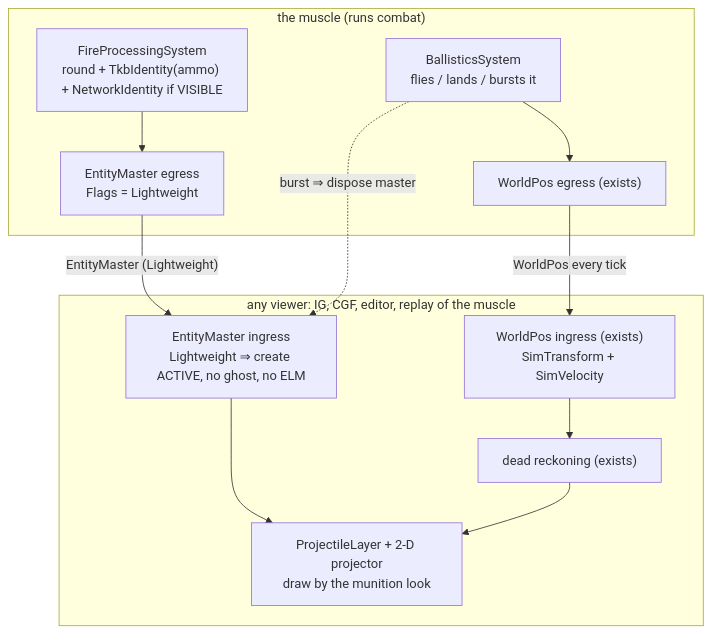
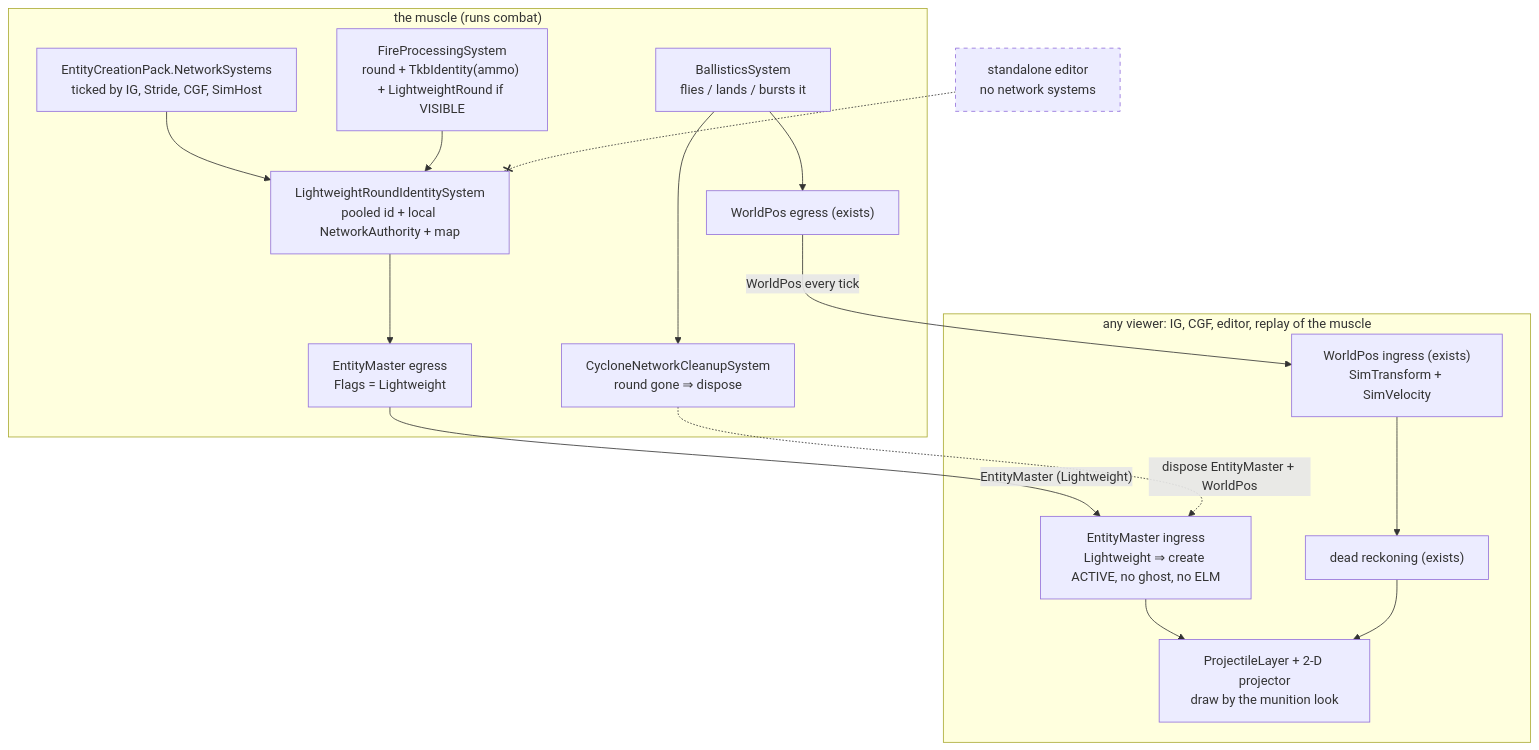
One commit to pjanec/HROT changed diagram 13 of 15 in docs/DESIGN_Visual_Effects.md. Above: the diagram before and after it, drawn with Mermaid. The commit also changed other lines of this file and 31 other files, not shown here.

````diff
--- a/docs/DESIGN_Visual_Effects.md
+++ b/docs/DESIGN_Visual_Effects.md
@@ -615,23 +615,32 @@
 ```mermaid
 graph TD
   subgraph Muscle["the muscle (runs combat)"]
-    FP["FireProcessingSystem<br/>round + TkbIdentity(ammo) + NetworkIdentity if VISIBLE"]
+    FP["FireProcessingSystem<br/>round + TkbIdentity(ammo) + LightweightRound if VISIBLE"]
+    ID["LightweightRoundIdentitySystem<br/>pooled id + local NetworkAuthority + map"]
     BS["BallisticsSystem<br/>flies / lands / bursts it"]
     EM["EntityMaster egress<br/>Flags = Lightweight"]
     WP["WorldPos egress (exists)"]
+    CL["CycloneNetworkCleanupSystem<br/>round gone ⇒ dispose"]
+    PK["EntityCreationPack.NetworkSystems<br/>ticked by IG, Stride, CGF, SimHost"]
   end
+  ED["standalone editor<br/>no network systems"]
   subgraph Viewer["any viewer: IG, CGF, editor, replay of the muscle"]
     IN["EntityMaster ingress<br/>Lightweight ⇒ create ACTIVE, no ghost, no ELM"]
     GI["WorldPos ingress (exists)<br/>SimTransform + SimVelocity"]
     DR["dead reckoning (exists)"]
     PL["ProjectileLayer + 2-D projector<br/>draw by the munition look"]
   end
-  FP --> EM
+  PK --> ID
+  FP --> ID
+  ID --> EM
   BS --> WP
+  BS --> CL
+  ED -.-x ID
   EM -- "EntityMaster (Lightweight)" --> IN
   WP -- "WorldPos every tick" --> GI
   GI --> DR
   IN --> PL
   DR --> PL
-  BS -. "burst ⇒ dispose master" .-> IN
+  CL -. "dispose EntityMaster + WorldPos" .-> IN
+  style ED stroke-dasharray: 5 5
 ```
````
